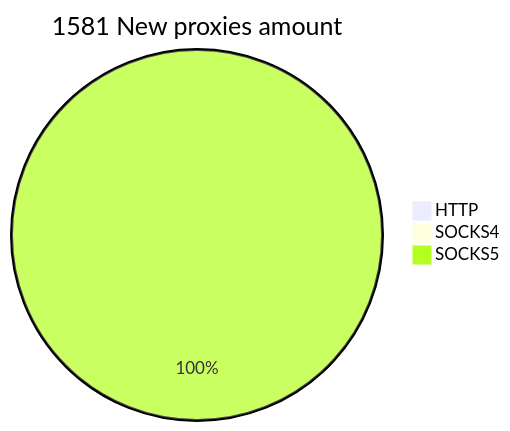
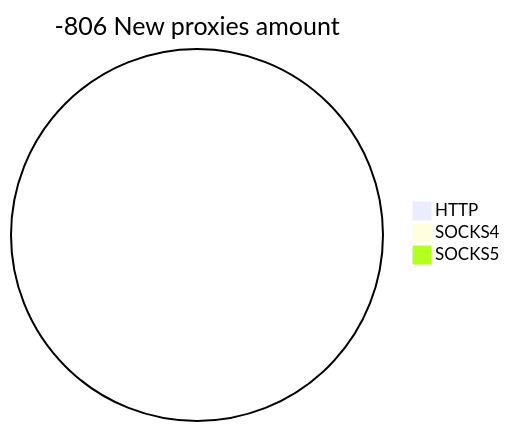
Before and after one commit to cutipu/proxylist: the second of 2 diagrams in README.md, drawn with Mermaid. The commit also changed other lines of this file, not shown here.

````diff
--- a/README.md
+++ b/README.md
@@ -10,6 +10,6 @@
 ```mermaid
-pie title 1581 New proxies amount
-    "HTTP" : 2
+pie title -806 New proxies amount
+    "HTTP" : 0
     "SOCKS4" : 0
-    "SOCKS5" : 1627
+    "SOCKS5" : 0
 ```
````
